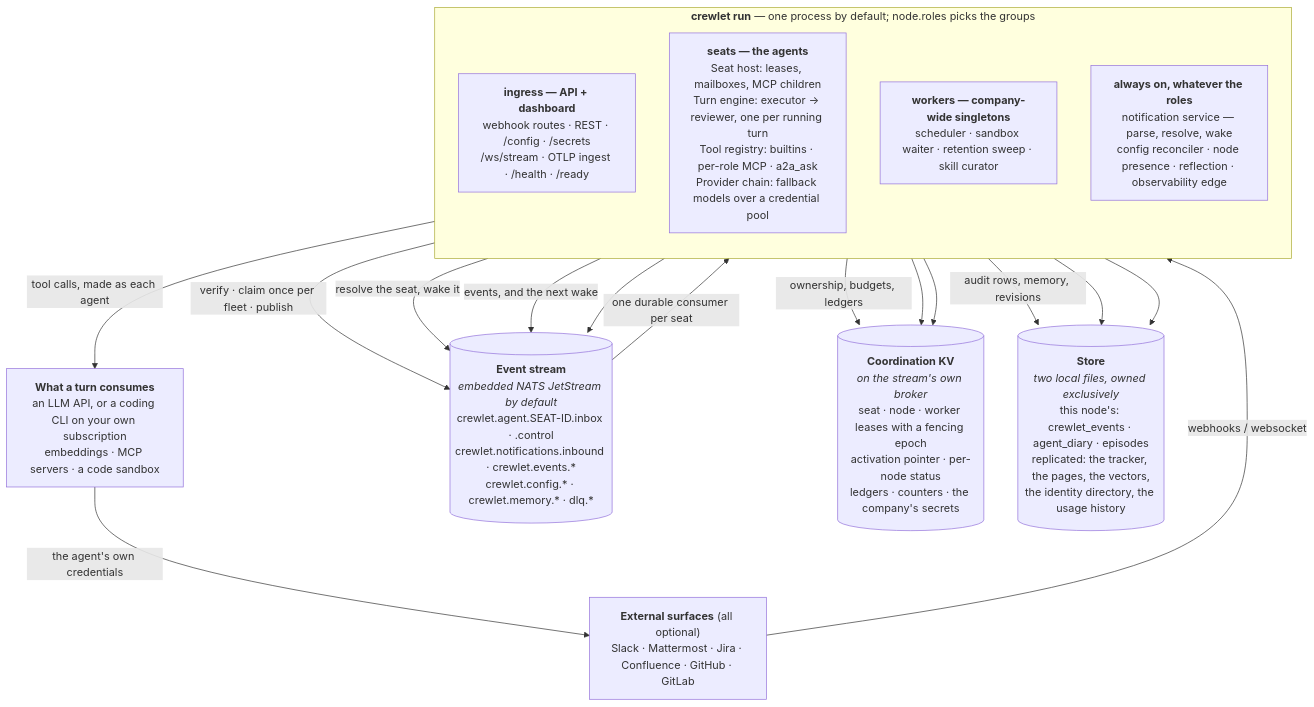
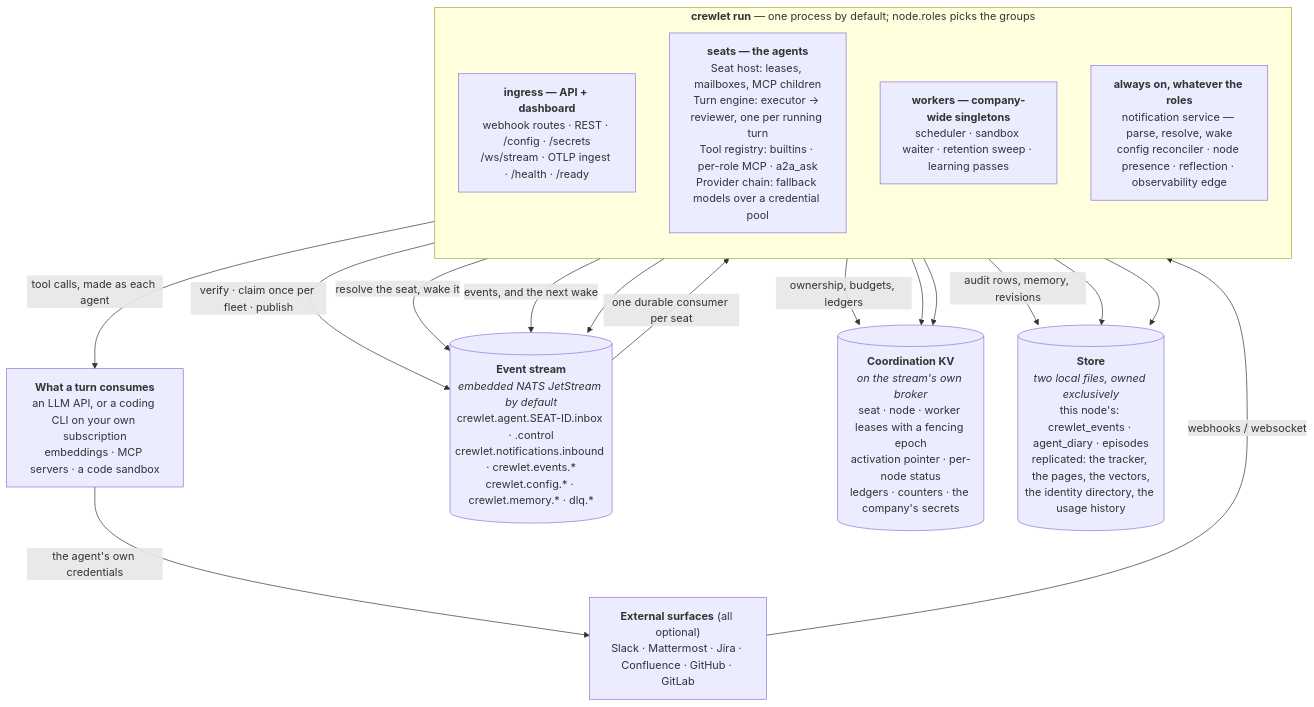
One commit to crewlet/crewlet changed the diagram in docs/concepts/overview.md. Above: the diagram before and after it, drawn with Mermaid. The commit also changed 12 other files, not shown here.

First line of the commit message:
refactor(engine): name the learning passes' duty after what it guards

````diff
--- a/docs/concepts/overview.md
+++ b/docs/concepts/overview.md
@@ -56,32 +56,32 @@
 ```mermaid
 flowchart TB
     EXT["<b>External surfaces</b> (all optional)<br/>Slack · Mattermost · Jira · Confluence · GitHub · GitLab"]
     SUPPLY["<b>What a turn consumes</b><br/>an LLM API, or a coding CLI on your own subscription<br/>embeddings · MCP servers · a code sandbox"]
 
     subgraph proc["<b>crewlet run</b> — one process by default; node.roles picks the groups"]
         direction TB
         API["<b>ingress — API + dashboard</b><br/>webhook routes · REST · /config · /secrets<br/>/ws/stream · OTLP ingest · /health · /ready"]
         SEAT["<b>seats — the agents</b><br/>Seat host: leases, mailboxes, MCP children<br/>Turn engine: executor → reviewer, one per running turn<br/>Tool registry: builtins · per-role MCP · a2a_ask<br/>Provider chain: fallback models over a credential pool"]
-        DUTY["<b>workers — company-wide singletons</b><br/>scheduler · sandbox waiter · retention sweep · skill curator"]
+        DUTY["<b>workers — company-wide singletons</b><br/>scheduler · sandbox waiter · retention sweep · learning passes"]
         CORE["<b>always on, whatever the roles</b><br/>notification service — parse, resolve, wake<br/>config reconciler · node presence · reflection · observability edge"]
     end
 
     STREAM[("<b>Event stream</b><br/><i>embedded NATS JetStream by default</i><br/>crewlet.agent.SEAT-ID.inbox · .control<br/>crewlet.notifications.inbound · crewlet.events.*<br/>crewlet.config.* · crewlet.memory.* · dlq.*")]
     KV[("<b>Coordination KV</b><br/><i>on the stream's own broker</i><br/>seat · node · worker leases with a fencing epoch<br/>activation pointer · per-node status<br/>ledgers · counters · the company's secrets")]
     DB[("<b>Store</b><br/><i>two local files, owned exclusively</i><br/>this node's: crewlet_events · agent_diary · episodes<br/>replicated: the tracker, the pages, the vectors,<br/>the identity directory, the usage history")]
 
     EXT -->|"webhooks / websocket"| API
     API -->|"verify · claim once per fleet · publish"| STREAM
     CORE -->|"resolve the seat, wake it"| STREAM
     STREAM -->|"one durable consumer per seat"| SEAT
     SEAT -->|"tool calls, made as each agent"| SUPPLY
     SUPPLY -->|"the agent's own credentials"| EXT
     SEAT -->|"events, and the next wake"| STREAM
     DUTY --> STREAM
     SEAT -->|"ownership, budgets, ledgers"| KV
     CORE --> KV
     DUTY --> KV
     SEAT -->|"audit rows, memory, revisions"| DB
     CORE --> DB
     API --> DB
 ```
````
